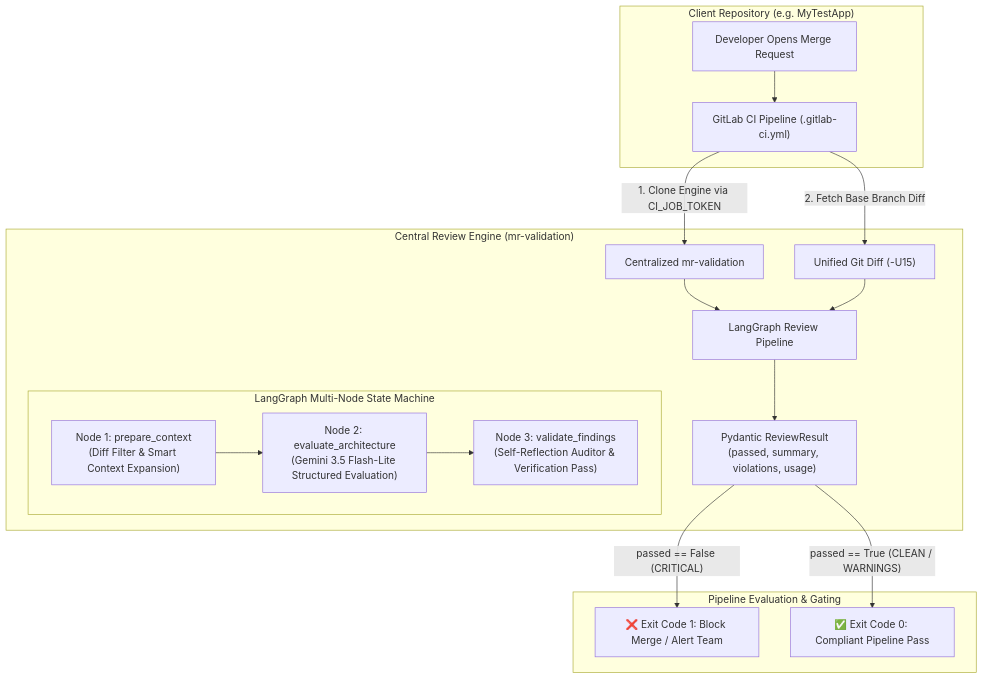
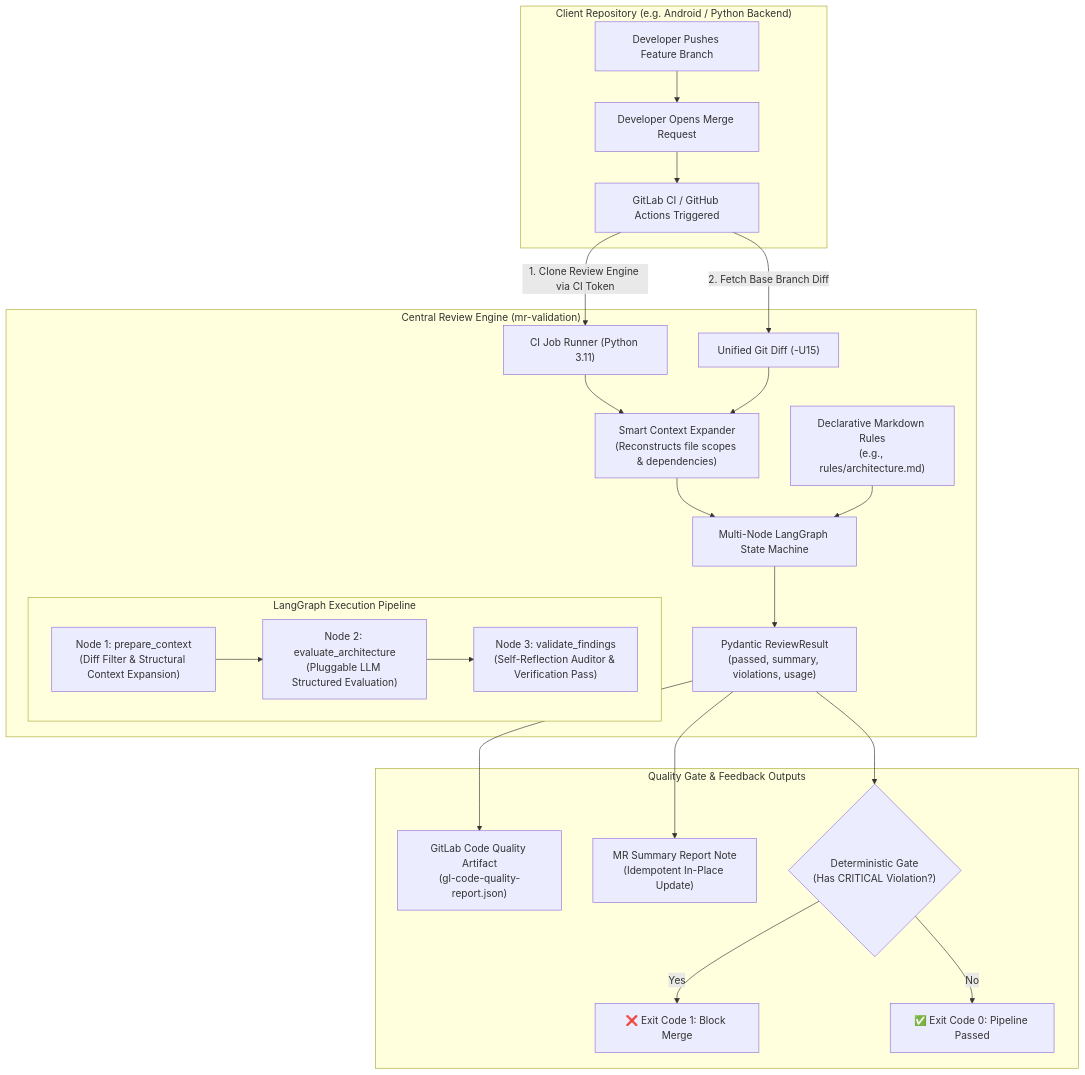
The first of 4 diagrams in README.md (DEBB2002/mr-validation), drawn with Mermaid before and after one commit. The commit also changed other lines of this file, not shown here.

Commit message:
docs: complete architecture, LLM swappability, and setup guide for executive review

````diff
--- a/README.md
+++ b/README.md
@@ -39,25 +51,33 @@
 ```mermaid
 flowchart TD
-    subgraph ClientRepository ["Client Repository (e.g. MyTestApp)"]
-        MR["Developer Opens Merge Request"] --> CIPipeline["GitLab CI Pipeline (.gitlab-ci.yml)"]
+    subgraph ClientRepo ["Client Repository (e.g. Android / Python Backend)"]
+        Dev["Developer Pushes Feature Branch"] --> OpenMR["Developer Opens Merge Request"]
+        OpenMR --> TriggerCI["GitLab CI / GitHub Actions Triggered"]
     end
 
     subgraph CentralEngine ["Central Review Engine (mr-validation)"]
-        CIPipeline -->|"1. Clone Engine via CI_JOB_TOKEN"| Engine["Centralized mr-validation"]
-        CIPipeline -->|"2. Fetch Base Branch Diff"| RawDiff["Unified Git Diff (-U15)"]
-        Engine --> StateMachine["LangGraph Review Pipeline"]
-        RawDiff --> StateMachine
+        TriggerCI -->|"1. Clone Review Engine via CI Token"| Runner["CI Job Runner (Python 3.11)"]
+        TriggerCI -->|"2. Fetch Base Branch Diff"| GitDiff["Unified Git Diff (-U15)"]
+        
+        Runner --> ContextEngine["Smart Context Expander\n(Reconstructs file scopes & dependencies)"]
+        GitDiff --> ContextEngine
+        
+        ContextEngine --> StateMachine["Multi-Node LangGraph State Machine"]
+        Ruleset["Declarative Markdown Rules\n(e.g., rules/architecture.md)"] --> StateMachine
 
-        subgraph StateMachineFlow ["LangGraph Multi-Node State Machine"]
-            Node1["Node 1: prepare_context\n(Diff Filter & Smart Context Expansion)"] --> Node2["Node 2: evaluate_architecture\n(Gemini 3.5 Flash-Lite Structured Evaluation)"]
-            Node2 --> Node3["Node 3: validate_findings\n(Self-Reflection Auditor & Verification Pass)"]
+        subgraph GraphNodes ["LangGraph Execution Pipeline"]
+            N1["Node 1: prepare_context\n(Diff Filter & Structural Context Expansion)"] --> N2["Node 2: evaluate_architecture\n(Pluggable LLM Structured Evaluation)"]
+            N2 --> N3["Node 3: validate_findings\n(Self-Reflection Auditor & Verification Pass)"]
         end
 
-        StateMachine --> Report["Pydantic ReviewResult\n(passed, summary, violations, usage)"]
+        StateMachine --> ResultSchema["Pydantic ReviewResult\n(passed, summary, violations, usage)"]
     end
 
-    subgraph EvaluationOutput ["Pipeline Evaluation & Gating"]
-        Report -->|"passed == False (CRITICAL)"| Exit1["❌ Exit Code 1: Block Merge / Alert Team"]
-        Report -->|"passed == True (CLEAN / WARNINGS)"| Exit0["✅ Exit Code 0: Compliant Pipeline Pass"]
+    subgraph CIOutputs ["Quality Gate & Feedback Outputs"]
+        ResultSchema --> CodeQuality["GitLab Code Quality Artifact\n(gl-code-quality-report.json)"]
+        ResultSchema --> MRBot["MR Summary Report Note\n(Idempotent In-Place Update)"]
+        ResultSchema --> QualityGate{"Deterministic Gate\n(Has CRITICAL Violation?)"}
+        QualityGate -->|Yes| GateFail["❌ Exit Code 1: Block Merge"]
+        QualityGate -->|No| GatePass["✅ Exit Code 0: Pipeline Passed"]
     end
 ```
````
